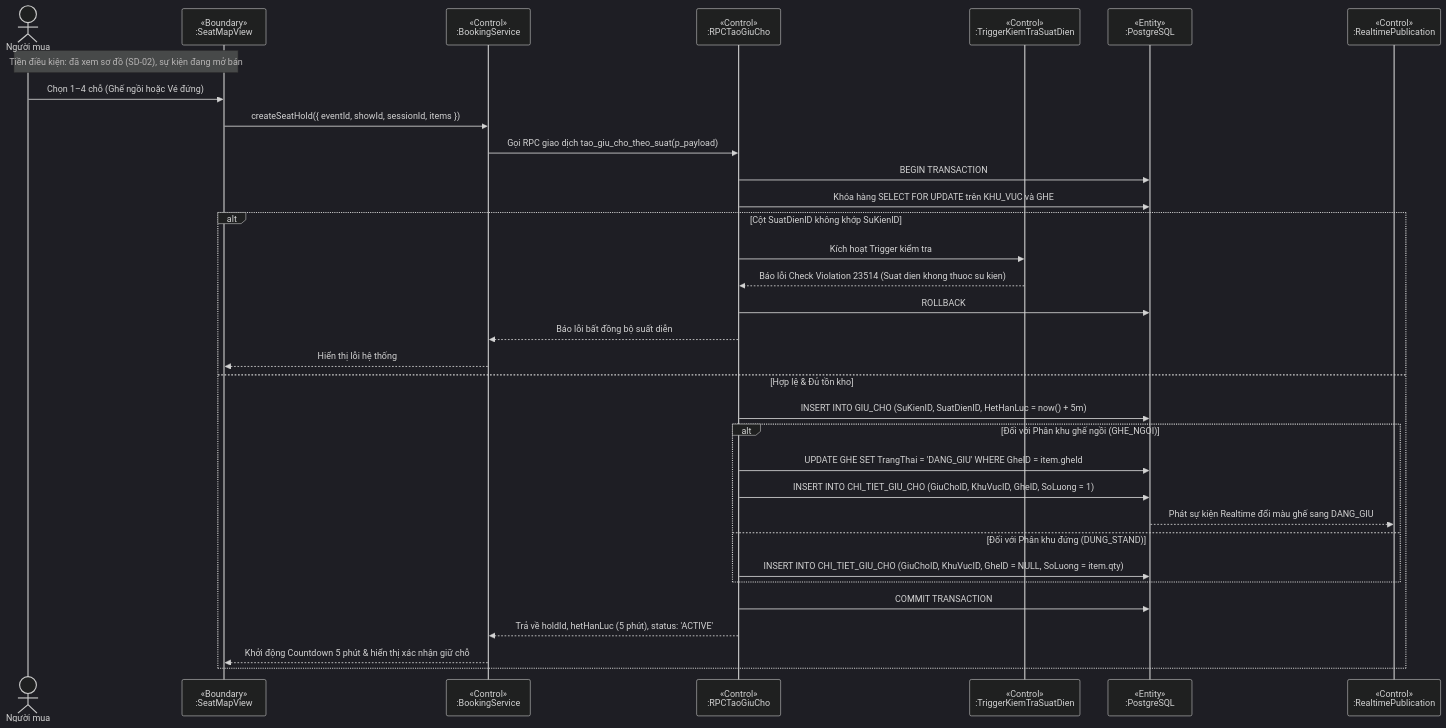
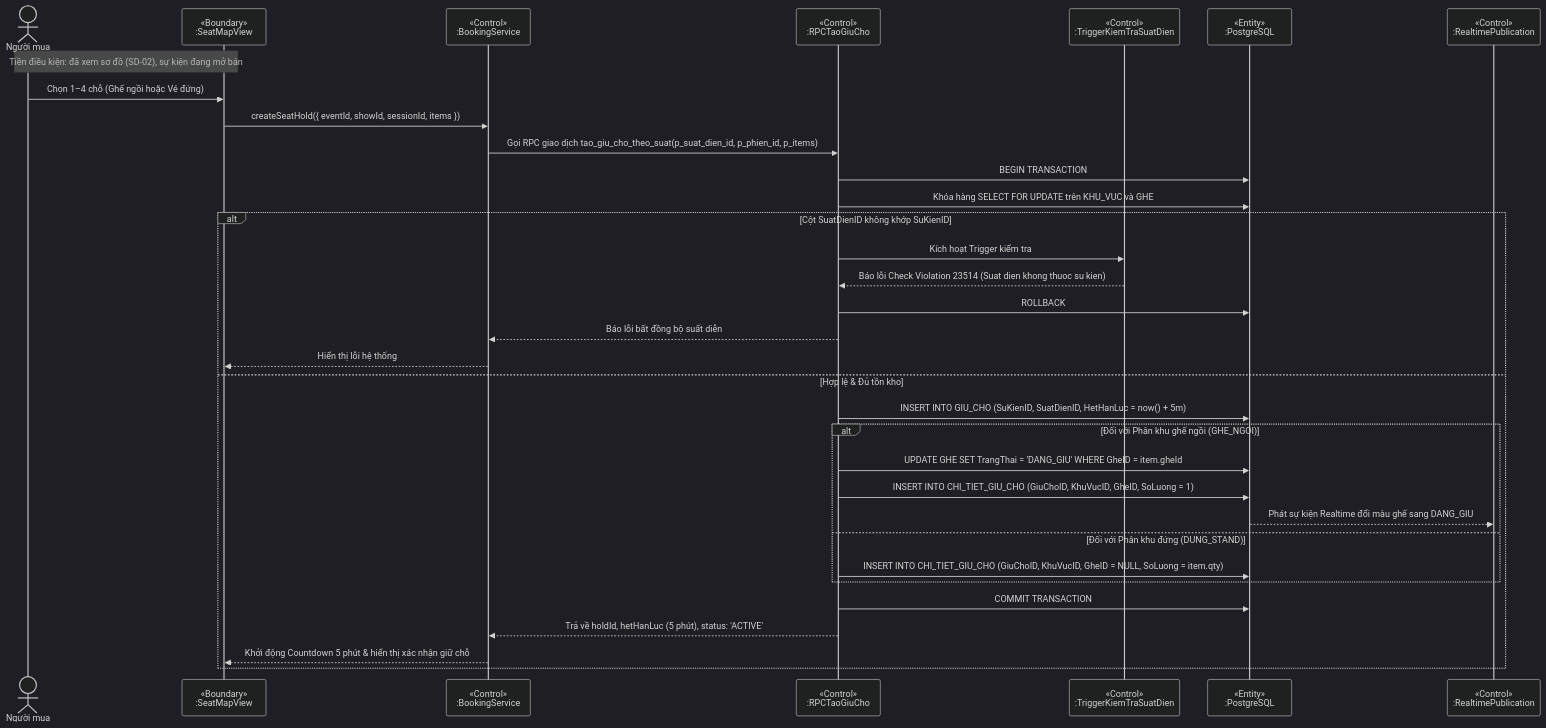
Diagram 14 of 16 in docs/sprint1-deliverables/02_ANALYSIS_AND_SYSTEM_DESIGN.md (minhdc2011/EVENTTICKETING), drawn with Mermaid (dark theme) before and after one commit.

Commit message:
docs(sequence): sua chu ky RPC tao_giu_cho_theo_suat trong SD-05 theo migration (Buoc 7)

````diff
--- a/docs/sprint1-deliverables/02_ANALYSIS_AND_SYSTEM_DESIGN.md
+++ b/docs/sprint1-deliverables/02_ANALYSIS_AND_SYSTEM_DESIGN.md
@@ -969,38 +969,38 @@
 ```mermaid
 sequenceDiagram
   actor U as Người mua
   participant UI as «Boundary»<br/>:SeatMapView
   participant BS as «Control»<br/>:BookingService
   participant RPC as «Control»<br/>:RPCTaoGiuCho
   participant TRG as «Control»<br/>:TriggerKiemTraSuatDien
   participant DB as «Entity»<br/>:PostgreSQL
   participant WS as «Control»<br/>:RealtimePublication
 
   Note over U,UI: Tiền điều kiện: đã xem sơ đồ (SD-02), sự kiện đang mở bán
 
   U->>UI: Chọn 1–4 chỗ (Ghế ngồi hoặc Vé đứng)
   UI->>BS: createSeatHold({ eventId, showId, sessionId, items })
-  BS->>RPC: Gọi RPC giao dịch tao_giu_cho_theo_suat(p_payload)
+  BS->>RPC: Gọi RPC giao dịch tao_giu_cho_theo_suat(p_suat_dien_id, p_phien_id, p_items)
   RPC->>DB: BEGIN TRANSACTION;
   RPC->>DB: Khóa hàng SELECT FOR UPDATE trên KHU_VUC và GHE
 
   alt Cột SuatDienID không khớp SuKienID
     RPC->>TRG: Kích hoạt Trigger kiểm tra
     TRG-->>RPC: Báo lỗi Check Violation 23514 (Suat dien khong thuoc su kien)
     RPC->>DB: ROLLBACK;
     RPC-->>BS: Báo lỗi bất đồng bộ suất diễn
     BS-->>UI: Hiển thị lỗi hệ thống
   else Hợp lệ & Đủ tồn kho
     RPC->>DB: INSERT INTO GIU_CHO (SuKienID, SuatDienID, HetHanLuc = now() + 5m)
     alt Đối với Phân khu ghế ngồi (GHE_NGOI)
       RPC->>DB: UPDATE GHE SET TrangThai = 'DANG_GIU' WHERE GheID = item.gheId
       RPC->>DB: INSERT INTO CHI_TIET_GIU_CHO (GiuChoID, KhuVucID, GheID, SoLuong = 1)
       DB-->>WS: Phát sự kiện Realtime đổi màu ghế sang DANG_GIU
     else Đối với Phân khu đứng (DUNG_STAND)
       RPC->>DB: INSERT INTO CHI_TIET_GIU_CHO (GiuChoID, KhuVucID, GheID = NULL, SoLuong = item.qty)
     end
     RPC->>DB: COMMIT TRANSACTION;
     RPC-->>BS: Trả về holdId, hetHanLuc (5 phút), status: 'ACTIVE'
     BS-->>UI: Khởi động Countdown 5 phút & hiển thị xác nhận giữ chỗ
   end
 ```
````
